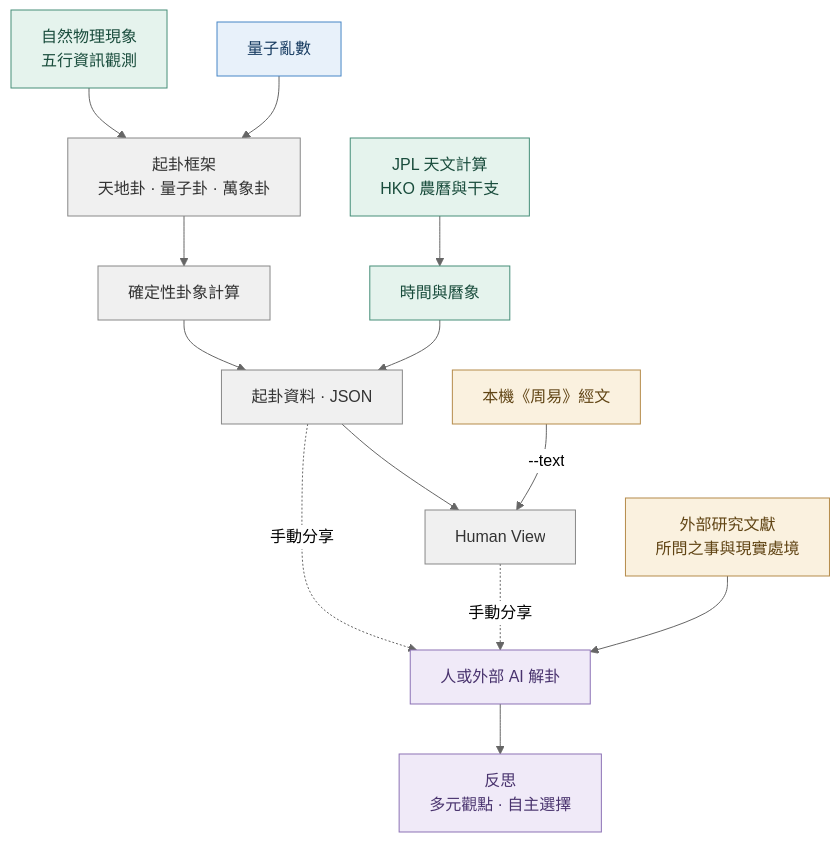
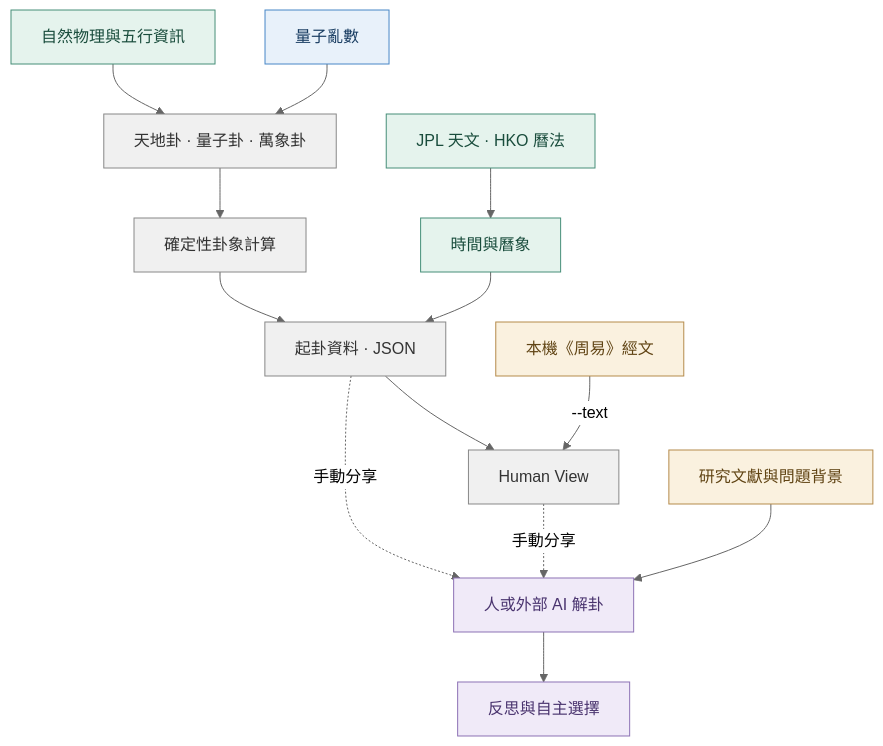
Before and after one commit to cctsao1008/trng-iching: the diagram in README.zh-TW.md, drawn with Mermaid (neutral theme).

Commit message:
docs: simplify Mermaid labels to avoid text clipping in README.zh-TW.md

````diff
--- a/README.zh-TW.md
+++ b/README.zh-TW.md
@@ -236,33 +236,33 @@
 ```mermaid
 flowchart TD
-    N["自然物理現象<br/>五行資訊觀測"] --> M["起卦框架<br/>天地卦 · 量子卦 · 萬象卦"]
+    N["自然物理與五行資訊"] --> M["天地卦 · 量子卦 · 萬象卦"]
     Q["量子亂數"] --> M
     M --> H["確定性卦象計算"]
 
-    A["JPL 天文計算<br/>HKO 農曆與干支"] --> T["時間與曆象"]
+    A["JPL 天文 · HKO 曆法"] --> T["時間與曆象"]
 
     H --> R["起卦資料 · JSON"]
     T --> R
 
     R --> V["Human View"]
     Z["本機《周易》經文"] -->|"--text"| V
 
     R -. 手動分享 .-> I["人或外部 AI 解卦"]
     V -. 手動分享 .-> I
 
-    S["外部研究文獻<br/>所問之事與現實處境"] --> I
+    S["研究文獻與問題背景"] --> I
 
-    I --> O["反思<br/>多元觀點 · 自主選擇"]
+    I --> O["反思與自主選擇"]
 
     classDef randomness fill:#e8f1fa,stroke:#4786c6,color:#173b60
     classDef science fill:#e5f3ed,stroke:#468e78,color:#194c3c
     classDef record fill:#f0f0f0,stroke:#888,color:#333
     classDef references fill:#faf1df,stroke:#b58b4b,color:#604414
     classDef reflection fill:#f0eaf8,stroke:#8c72b5,color:#49336e
 
     class Q randomness
     class N,A,T science
     class M,H,R,V record
     class Z,S references
     class I,O reflection
 ```
````
